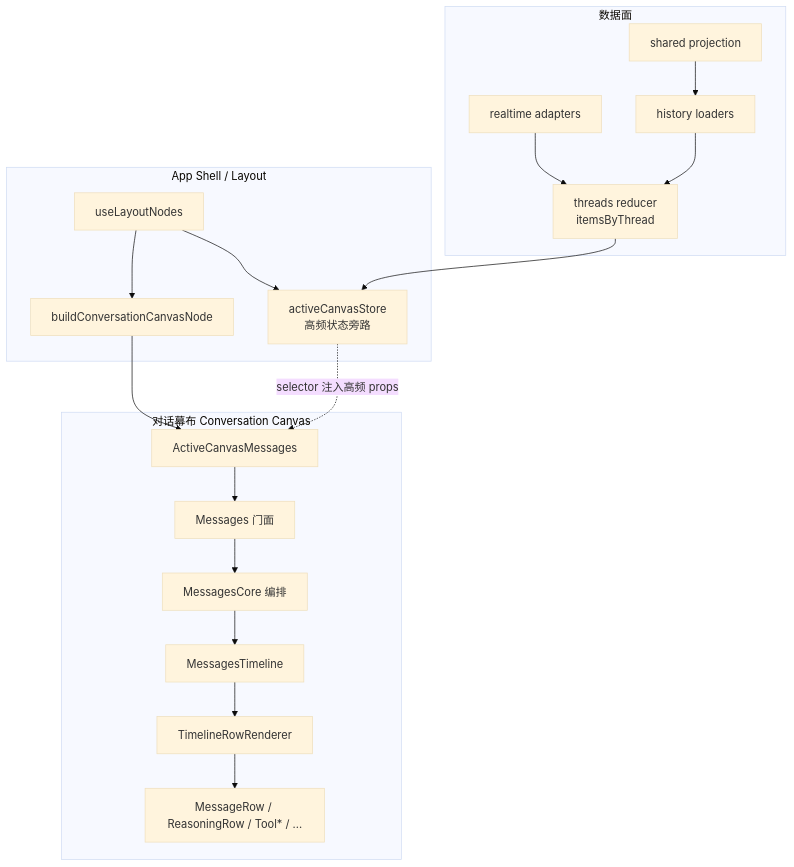
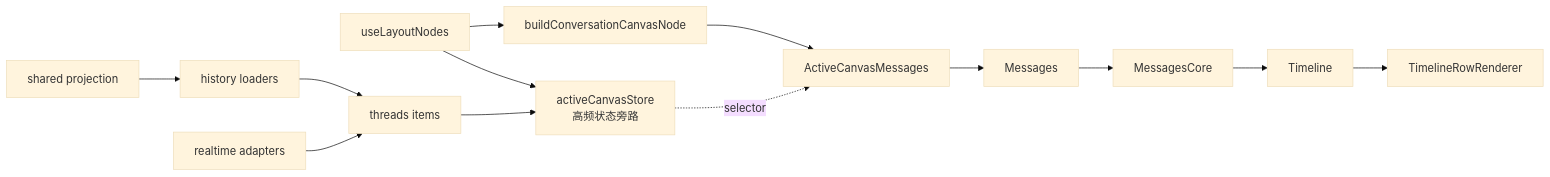
The diagram in docs/analysis/conversation-canvas-structure-2026-07-31.md (Link-Start/desktop-cc-gui_zhukunpenglinyutong), drawn with Mermaid (base theme) before and after one commit. The commit also changed other lines of this file and 1 other file, not shown here.

````diff
--- a/docs/analysis/conversation-canvas-structure-2026-07-31.md
+++ b/docs/analysis/conversation-canvas-structure-2026-07-31.md
@@ -28,34 +62,11 @@
 ```mermaid
-flowchart TB
-  subgraph Shell["App Shell / Layout"]
-    LN["useLayoutNodes"]
-    ACS["activeCanvasStore<br/>高频状态旁路"]
-    CCN["buildConversationCanvasNode"]
-  end
-
-  subgraph Canvas["对话幕布 Conversation Canvas"]
-    ACM["ActiveCanvasMessages"]
-    MSG["Messages 门面"]
-    CORE["MessagesCore 编排"]
-    TL["MessagesTimeline"]
-    TRR["TimelineRowRenderer"]
-    ROWS["MessageRow / ReasoningRow / Tool* / ..."]
-  end
-
-  subgraph Data["数据面"]
-    TH["threads reducer<br/>itemsByThread"]
-    RT["realtime adapters"]
-    HL["history loaders"]
-    SP["shared projection"]
-  end
-
-  LN --> ACS
-  LN --> CCN
-  CCN --> ACM
-  ACS -.->|selector 注入高频 props| ACM
-  ACM --> MSG --> CORE --> TL --> TRR --> ROWS
-  RT --> TH
-  HL --> TH
-  SP --> HL
-  TH --> ACS
+flowchart LR
+  Shell["useLayoutNodes"] --> Store["activeCanvasStore<br/>高频状态旁路"]
+  Shell --> Node["buildConversationCanvasNode"]
+  Store -.->|selector| ACM["ActiveCanvasMessages"]
+  Node --> ACM --> MSG["Messages"] --> CORE["MessagesCore"] --> TL["Timeline"] --> ROW["TimelineRowRenderer"]
+  Loaders["history loaders"] --> TH["threads items"]
+  RT["realtime adapters"] --> TH
+  SharedProj["shared projection"] --> Loaders
+  TH --> Store
 ```
````
